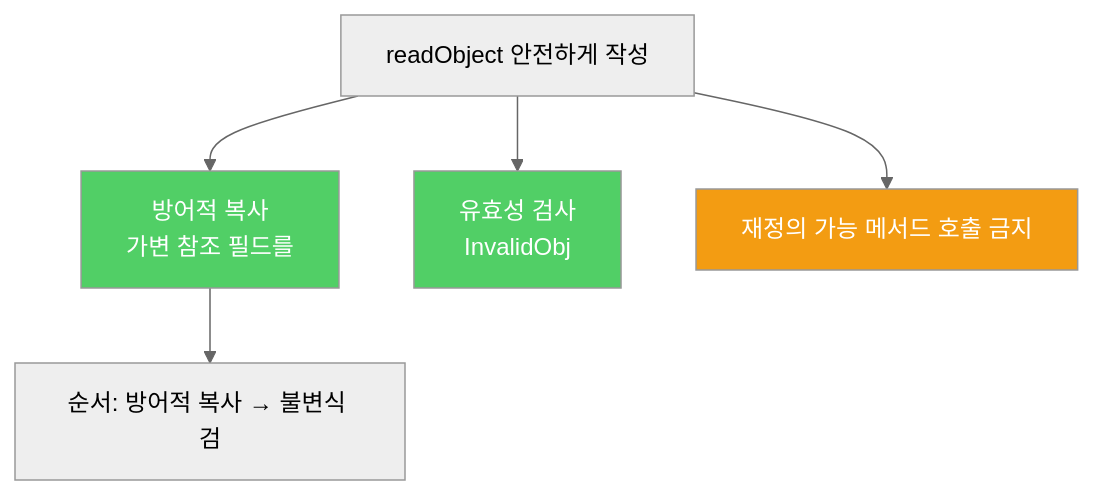
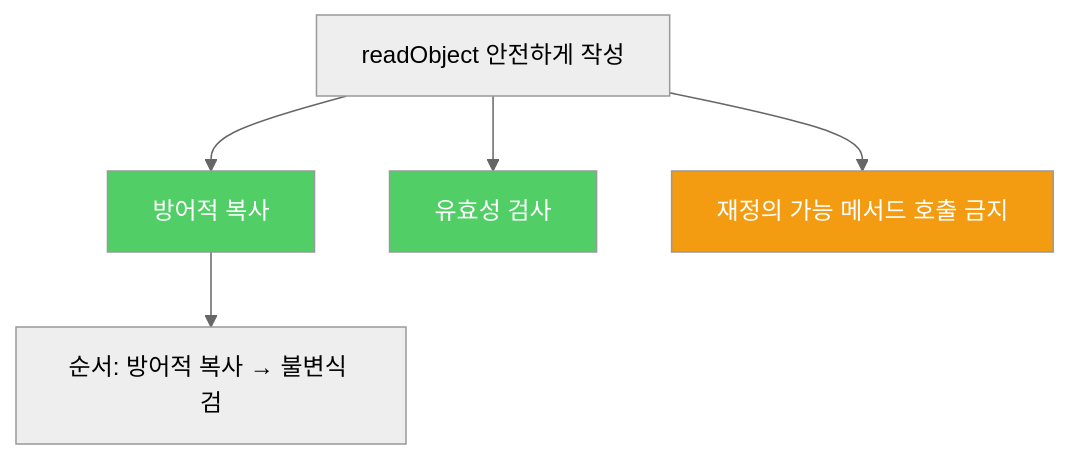
Before and after one commit to yjkim2015/yjkim2015.github.io: the diagram in _posts/java/2022-03-13-effective-java88.md, drawn with Mermaid (neutral theme). The commit also changed 217 other files, not shown here.

First line of the commit message:
Mermaid 크기 수정: useMaxWidth:true + SVG max-width:100% + 라벨 축소

````diff
--- a/_posts/java/2022-03-13-effective-java88.md
+++ b/_posts/java/2022-03-13-effective-java88.md
@@ -104,10 +104,10 @@
 ```mermaid
 graph TD
-    A["readObject 안전하게 작성"] --> B["방어적 복사\n가변 참조 필드를"]
-    A --> C["유효성 검사\nInvalidObj"]
-    A --> D["재정의 가능 메서드 호출 금지\n"]
+    A["readObject 안전하게 작성"] --> B["방어적 복사"]
+    A --> C["유효성 검사"]
+    A --> D["재정의 가능 메서드 호출 금지"]
     B --> E["순서: 방어적 복사 → 불변식 검"]
     style B fill:#51cf66,color:#fff
     style C fill:#51cf66,color:#fff
     style D fill:#f39c12,color:#fff
 ```
````
